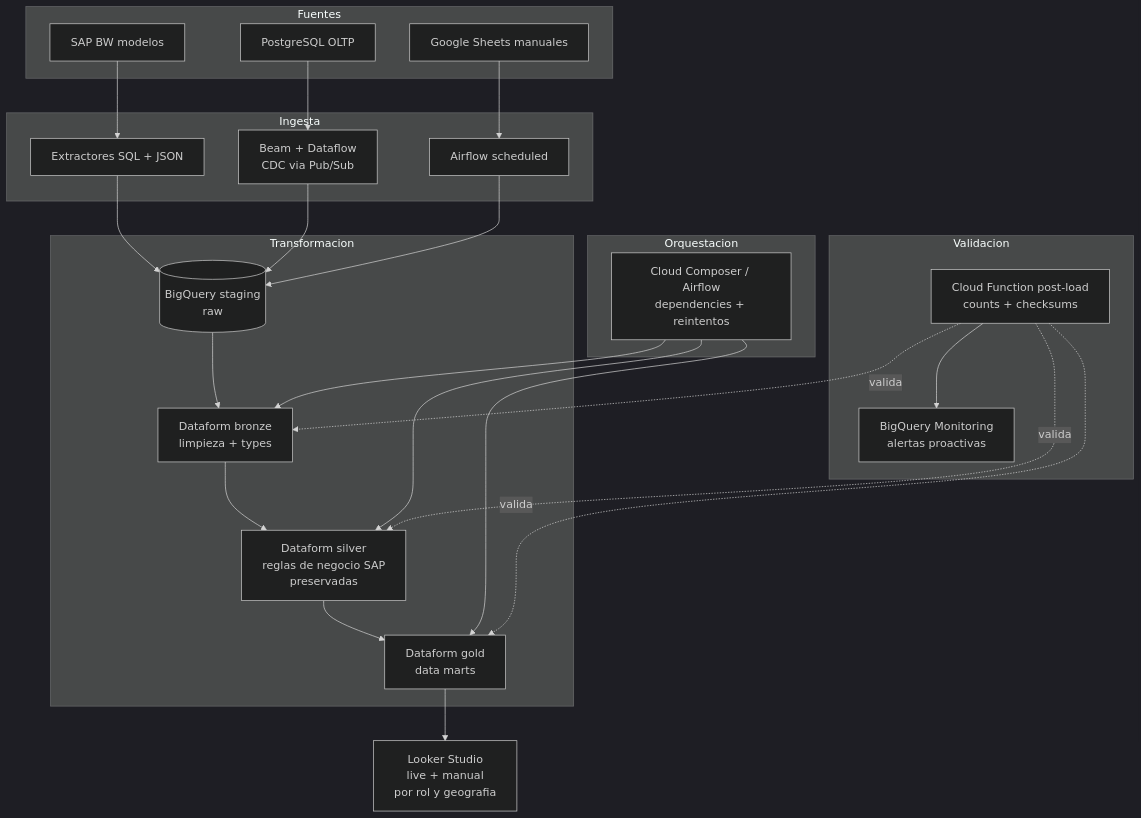
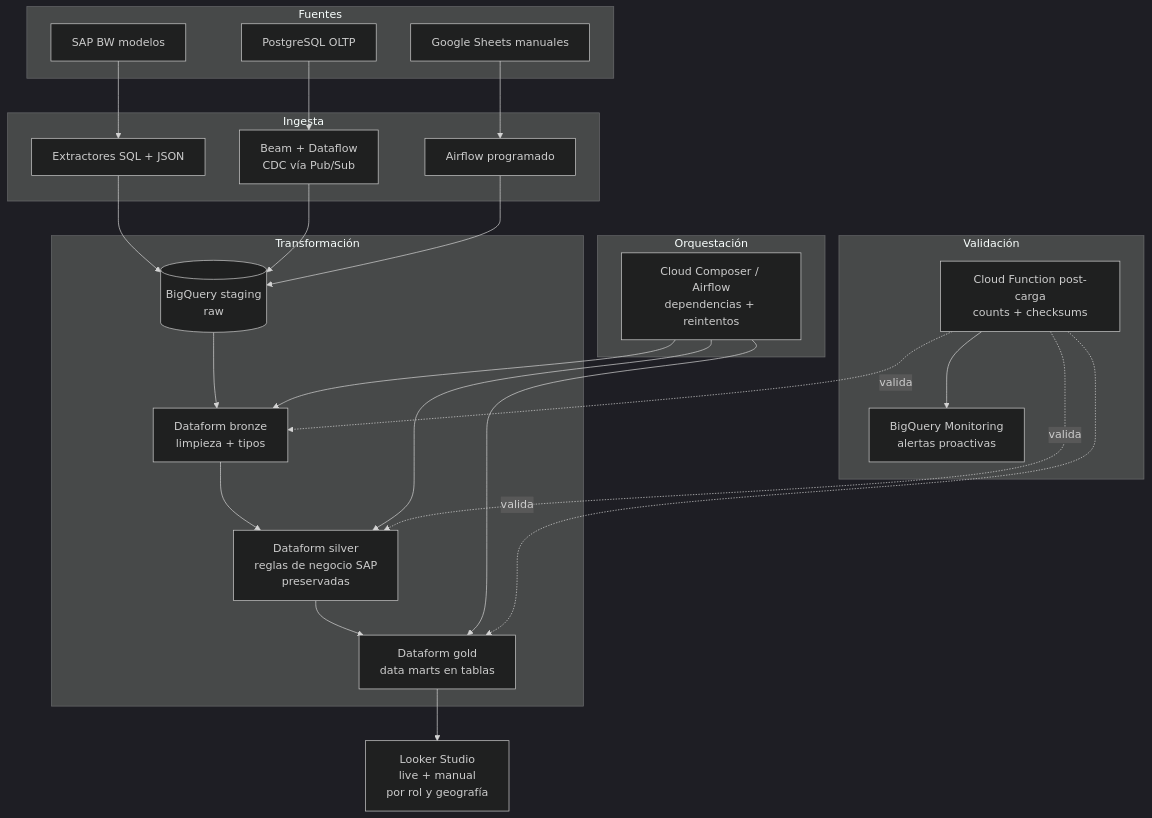
The diagram in case-studies/03-sap-to-bigquery.md (jpfiguer/portfolio), drawn with Mermaid (dark theme) before and after one commit. The commit also changed other lines of this file and 5 other files, not shown here.

````diff
--- a/case-studies/03-sap-to-bigquery.md
+++ b/case-studies/03-sap-to-bigquery.md
@@ -22,39 +24,39 @@
 ```mermaid
 flowchart TB
   subgraph Fuentes
     A[SAP BW modelos]
     B[PostgreSQL OLTP]
     C[Google Sheets manuales]
   end
 
   subgraph Ingesta
     A --> D[Extractores SQL + JSON]
-    B --> E[Beam + Dataflow<br/>CDC via Pub/Sub]
-    C --> F[Airflow scheduled]
+    B --> E[Beam + Dataflow<br/>CDC vía Pub/Sub]
+    C --> F[Airflow programado]
   end
 
   D & E & F --> G[(BigQuery staging<br/>raw)]
 
-  subgraph Transformacion
-    G --> H[Dataform bronze<br/>limpieza + types]
+  subgraph Transformacion [Transformación]
+    G --> H[Dataform bronze<br/>limpieza + tipos]
     H --> I[Dataform silver<br/>reglas de negocio SAP<br/>preservadas]
-    I --> J[Dataform gold<br/>data marts]
+    I --> J[Dataform gold<br/>data marts en tablas]
   end
 
-  subgraph Orquestacion
-    K[Cloud Composer / Airflow<br/>dependencies + reintentos]
+  subgraph Orquestacion [Orquestación]
+    K[Cloud Composer / Airflow<br/>dependencias + reintentos]
   end
 
   K --> H
   K --> I
   K --> J
 
-  subgraph Validacion
-    L[Cloud Function post-load<br/>counts + checksums]
+  subgraph Validacion [Validación]
+    L[Cloud Function post-carga<br/>counts + checksums]
     L --> M[BigQuery Monitoring<br/>alertas proactivas]
   end
 
-  J --> N[Looker Studio<br/>live + manual<br/>por rol y geografia]
+  J --> N[Looker Studio<br/>live + manual<br/>por rol y geografía]
 
   L -.valida.-> H & I & J
 ```
````
